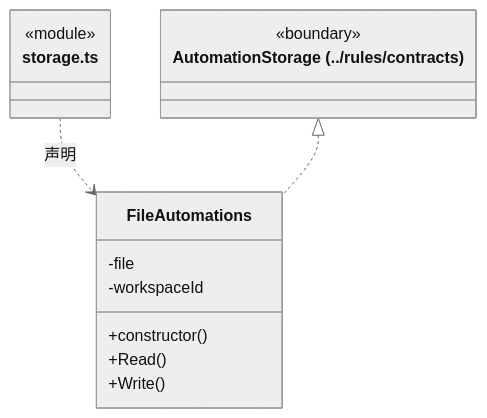
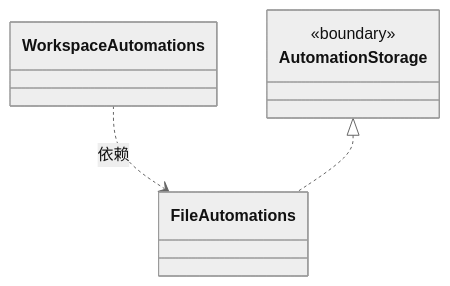
Before and after one commit to nan023062/cbim: the diagram in src/logic/automation/service/ARCHITECTURE.md, drawn with Mermaid (neutral theme). The commit also changed other lines of this file and 158 other files, not shown here.

Commit message:
docs: model architecture through nested virtual encapsulations

````diff
--- a/src/logic/automation/service/ARCHITECTURE.md
+++ b/src/logic/automation/service/ARCHITECTURE.md
@@ -77,18 +20,13 @@
 ```mermaid
 classDiagram
-class N_src_logic_automation_service_storage_ts["storage.ts"] {
-  <<module>>
-}
-class N_src_logic_automation_service_storage_ts_FileAutomations["FileAutomations"] {
-  +constructor()
-  +Read()
-  +Write()
-  -file
-  -workspaceId
-}
-N_src_logic_automation_service_storage_ts ..> N_src_logic_automation_service_storage_ts_FileAutomations : 声明
-class N_src_logic_automation_service_storage_ts_external_AutomationStorage["AutomationStorage (../rules/contracts)"] {
+class N_beaa5634257f["FileAutomations"]
+click N_beaa5634257f href "storage.ts"
+class N_30ed1caa02d9["WorkspaceAutomations"]
+click N_30ed1caa02d9 href "service.ts"
+class N_adaba217bf39["AutomationStorage"] {
   <<boundary>>
 }
-N_src_logic_automation_service_storage_ts_external_AutomationStorage <|.. N_src_logic_automation_service_storage_ts_FileAutomations
+click N_adaba217bf39 href "../rules/contracts.ts"
+N_30ed1caa02d9 ..> N_beaa5634257f : 依赖
+N_adaba217bf39 <|.. N_beaa5634257f
 ```
````
